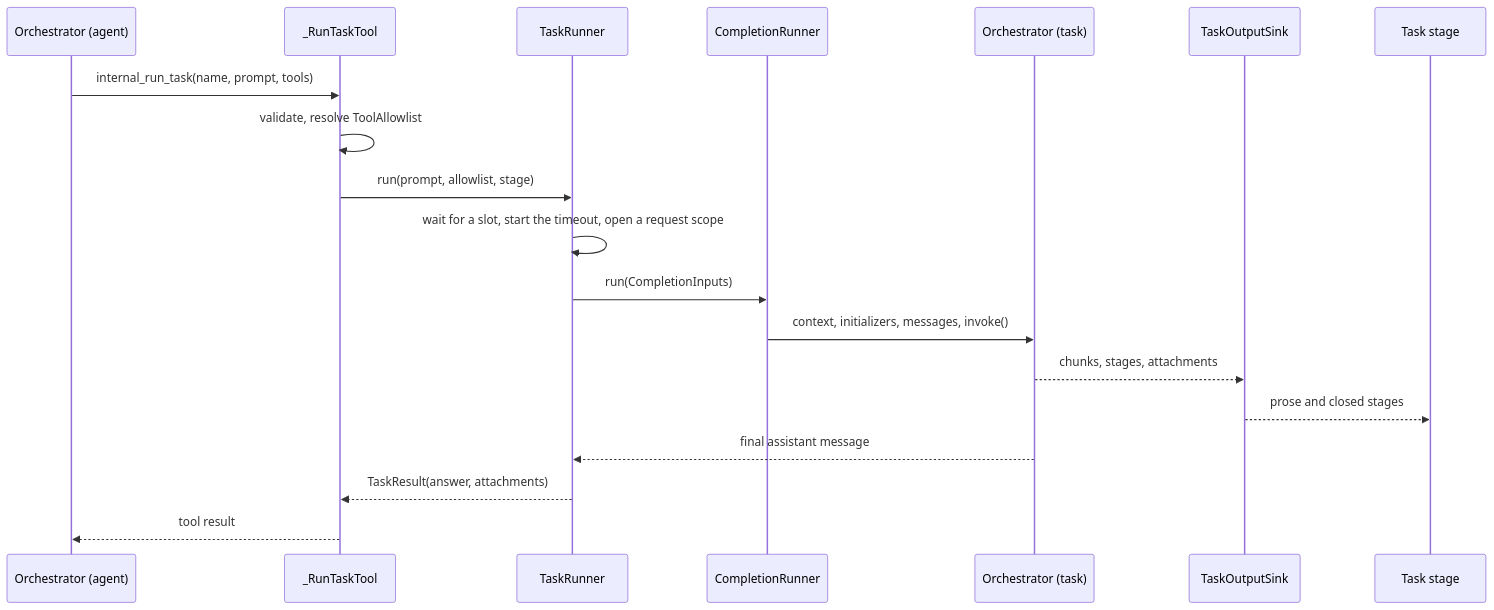
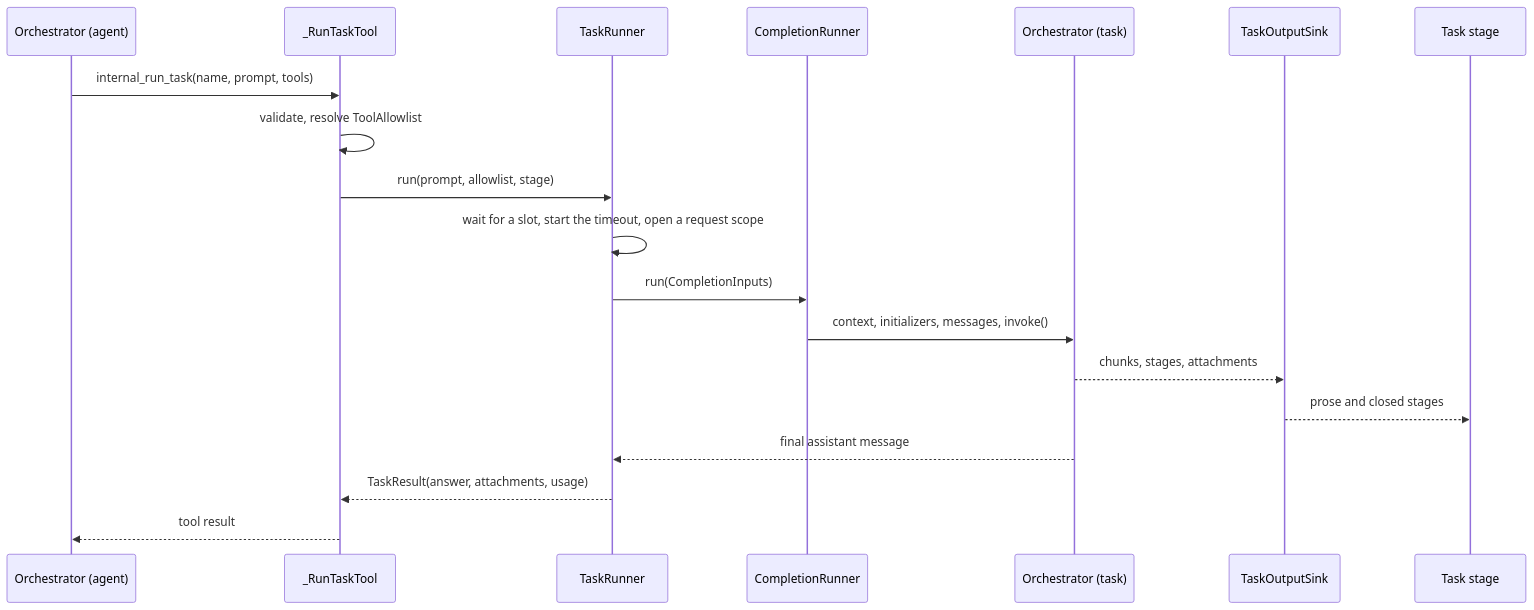
The diagram in docs/designs/run_task_tool.md (epam/ai-dial-quickapps-backend), drawn with Mermaid before and after one commit. The commit also changed other lines of this file, not shown here.

Commit message:
doc: mark the run_task tool design as implemented

````diff
--- a/docs/designs/run_task_tool.md
+++ b/docs/designs/run_task_tool.md
@@ -85,21 +89,21 @@
 ```mermaid
 sequenceDiagram
     participant Agent as Orchestrator (agent)
     participant Tool as _RunTaskTool
     participant Runner as TaskRunner
     participant CR as CompletionRunner
     participant Child as Orchestrator (task)
     participant Sink as TaskOutputSink
     participant Stage as Task stage
     Agent->>Tool: internal_run_task(name, prompt, tools)
     Tool->>Tool: validate, resolve ToolAllowlist
     Tool->>Runner: run(prompt, allowlist, stage)
     Runner->>Runner: wait for a slot, start the timeout, open a request scope
     Runner->>CR: run(CompletionInputs)
     CR->>Child: context, initializers, messages, invoke()
     Child-->>Sink: chunks, stages, attachments
     Sink-->>Stage: prose and closed stages
     Child-->>Runner: final assistant message
-    Runner-->>Tool: TaskResult(answer, attachments)
+    Runner-->>Tool: TaskResult(answer, attachments, usage)
     Tool-->>Agent: tool result
 ```
````
